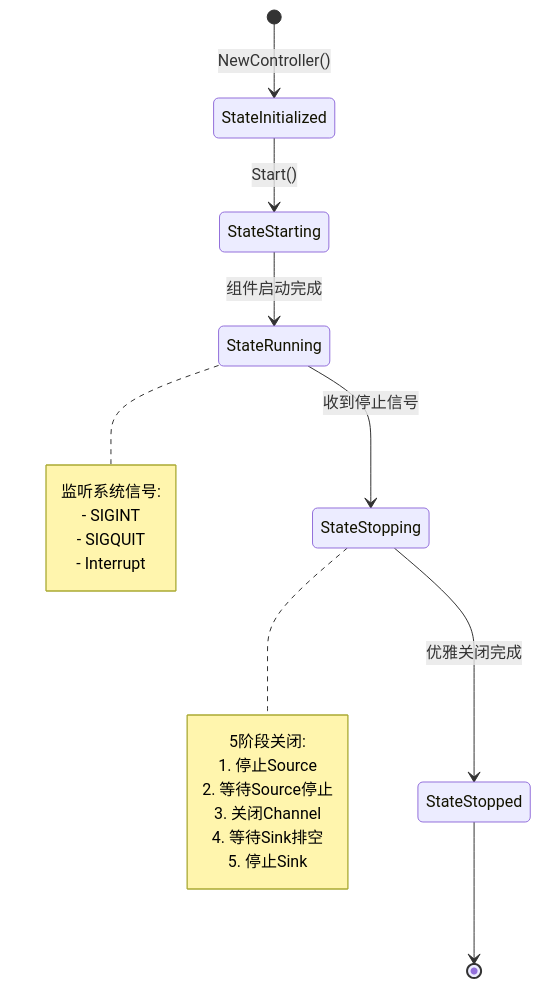
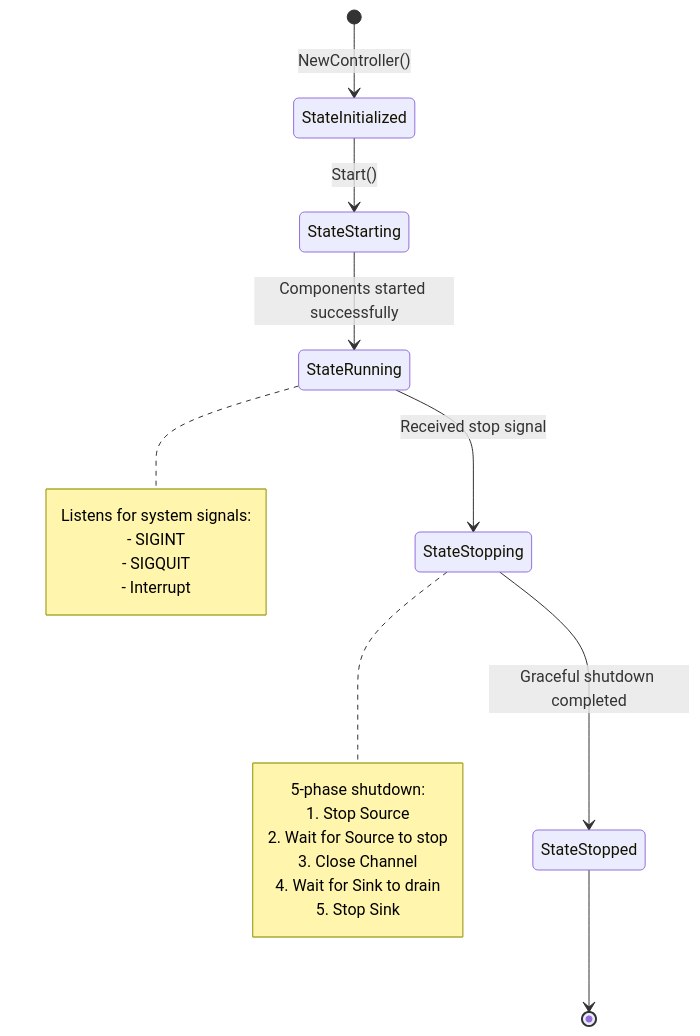
Before and after one commit to zxpbenson/dior: the third of 5 diagrams in docs/architecture.md, drawn with Mermaid. The commit also changed other lines of this file, not shown here.

Commit message:
类图换成英文版本

````diff
--- a/docs/architecture.md
+++ b/docs/architecture.md
@@ -224,25 +225,25 @@
 ```mermaid
 stateDiagram-v2
     [*] --> StateInitialized: NewController()
     StateInitialized --> StateStarting: Start()
-    StateStarting --> StateRunning: 组件启动完成
-    StateRunning --> StateStopping: 收到停止信号
-    StateStopping --> StateStopped: 优雅关闭完成
+    StateStarting --> StateRunning: Components started successfully
+    StateRunning --> StateStopping: Received stop signal
+    StateStopping --> StateStopped: Graceful shutdown completed
     StateStopped --> [*]
     
     note right of StateRunning
-        监听系统信号:
+        Listens for system signals:
         - SIGINT
         - SIGQUIT
         - Interrupt
     end note
     
     note right of StateStopping
-        5阶段关闭:
-        1. 停止Source
-        2. 等待Source停止
-        3. 关闭Channel
-        4. 等待Sink排空
-        5. 停止Sink
+        5-phase shutdown:
+        1. Stop Source
+        2. Wait for Source to stop
+        3. Close Channel
+        4. Wait for Sink to drain
+        5. Stop Sink
     end note
 ```
````
